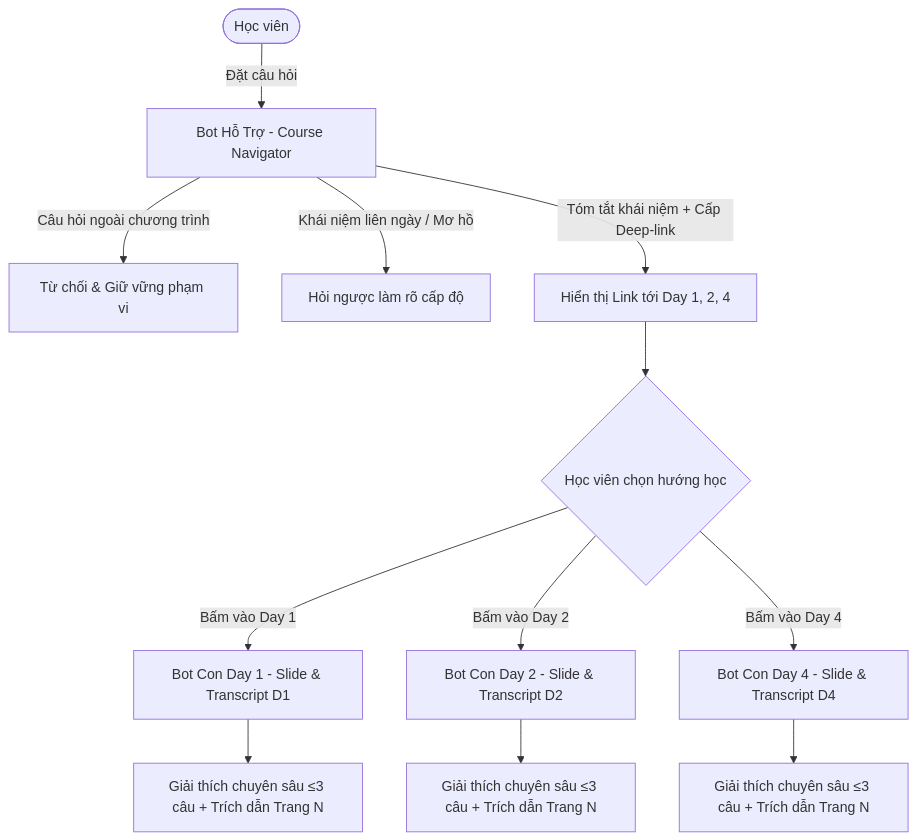
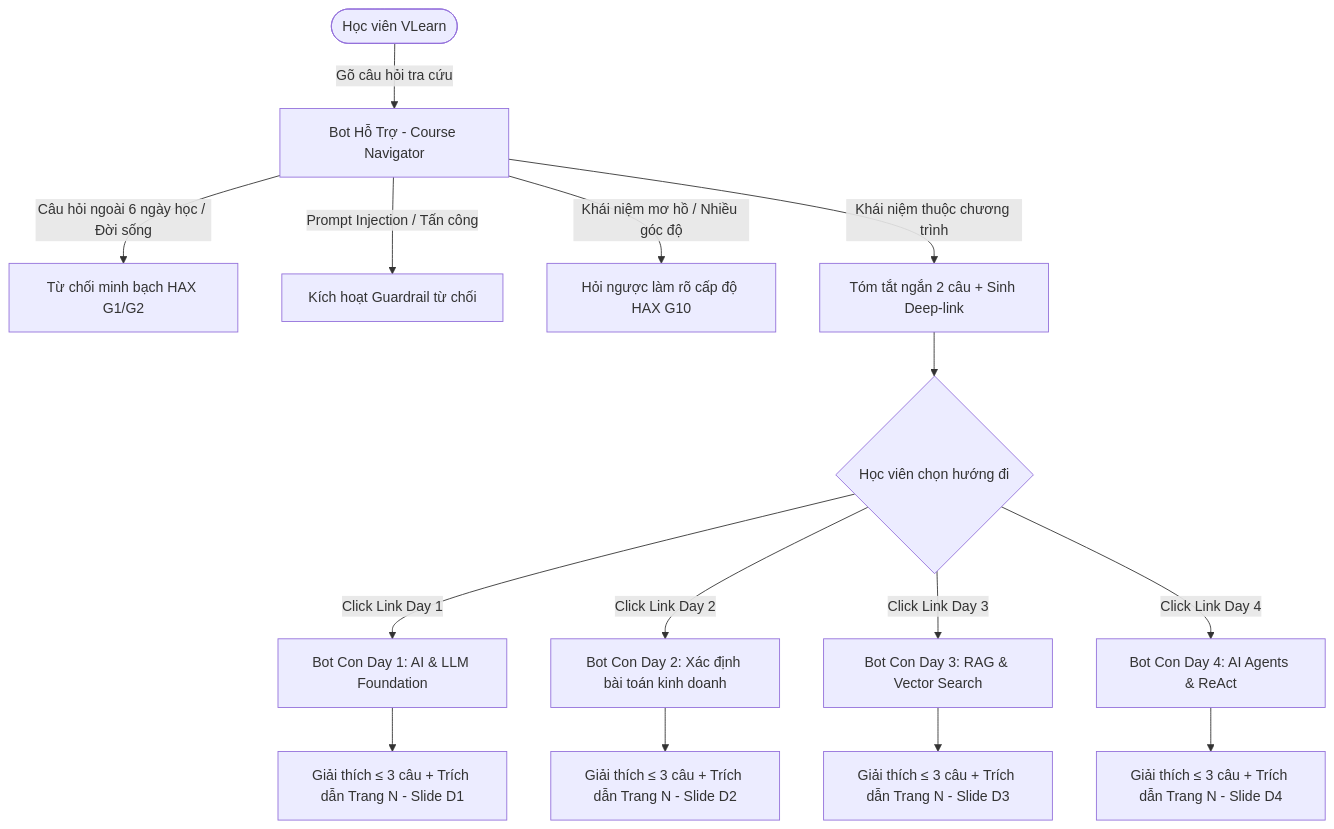
The diagram in spec.md (EddiesGranger03/K4-3A-E403-SHUP), drawn with Mermaid before and after one commit. The commit also changed other lines of this file and 18 other files, not shown here.

````diff
--- a/spec.md
+++ b/spec.md
@@ -58,18 +88,20 @@
 ```mermaid
 graph TD
-    User([Học viên]) -->|Đặt câu hỏi| HubBot[Bot Hỗ Trợ - Course Navigator]
+    User([Học viên VLearn]) -->|Gõ câu hỏi tra cứu| HubBot[Bot Hỗ Trợ - Course Navigator]
     
-    HubBot -->|Câu hỏi ngoài chương trình| Reject[Từ chối & Giữ vững phạm vi]
-    HubBot -->|Khái niệm liên ngày / Mơ hồ| Probing[Hỏi ngược làm rõ cấp độ]
-    HubBot -->|Tóm tắt khái niệm + Cấp Deep-link| LinkView[Hiển thị Link tới Day 1, 2, 4]
+    HubBot -->|Câu hỏi ngoài 6 ngày học / Đời sống| Reject[Từ chối minh bạch HAX G1/G2]
+    HubBot -->|Prompt Injection / Tấn công| Guard[Kích hoạt Guardrail từ chối]
+    HubBot -->|Khái niệm mơ hồ / Nhiều góc độ| Probing[Hỏi ngược làm rõ cấp độ HAX G10]
+    HubBot -->|Khái niệm thuộc chương trình| RouteMap[Tóm tắt ngắn 2 câu + Sinh Deep-link]
     
-    LinkView --> UserChoose{Học viên chọn hướng học}
+    RouteMap --> DeepLinks{Học viên chọn hướng đi}
+    DeepLinks -->|Click Link Day 1| Spoke1[Bot Con Day 1: AI & LLM Foundation]
+    DeepLinks -->|Click Link Day 2| Spoke2[Bot Con Day 2: Xác định bài toán kinh doanh]
+    DeepLinks -->|Click Link Day 3| Spoke3[Bot Con Day 3: RAG & Vector Search]
+    DeepLinks -->|Click Link Day 4| Spoke4[Bot Con Day 4: AI Agents & ReAct]
     
-    UserChoose -->|Bấm vào Day 1| SubBot1[Bot Con Day 1 - Slide & Transcript D1]
-    UserChoose -->|Bấm vào Day 2| SubBot2[Bot Con Day 2 - Slide & Transcript D2]
-    UserChoose -->|Bấm vào Day 4| SubBot4[Bot Con Day 4 - Slide & Transcript D4]
-    
-    SubBot1 --> InDepth1[Giải thích chuyên sâu ≤3 câu + Trích dẫn Trang N]
-    SubBot2 --> InDepth2[Giải thích chuyên sâu ≤3 câu + Trích dẫn Trang N]
-    SubBot4 --> InDepth4[Giải thích chuyên sâu ≤3 câu + Trích dẫn Trang N]
+    Spoke1 --> InDepth1[Giải thích ≤ 3 câu + Trích dẫn Trang N - Slide D1]
+    Spoke2 --> InDepth2[Giải thích ≤ 3 câu + Trích dẫn Trang N - Slide D2]
+    Spoke3 --> InDepth3[Giải thích ≤ 3 câu + Trích dẫn Trang N - Slide D3]
+    Spoke4 --> InDepth4[Giải thích ≤ 3 câu + Trích dẫn Trang N - Slide D4]
 ```
````
